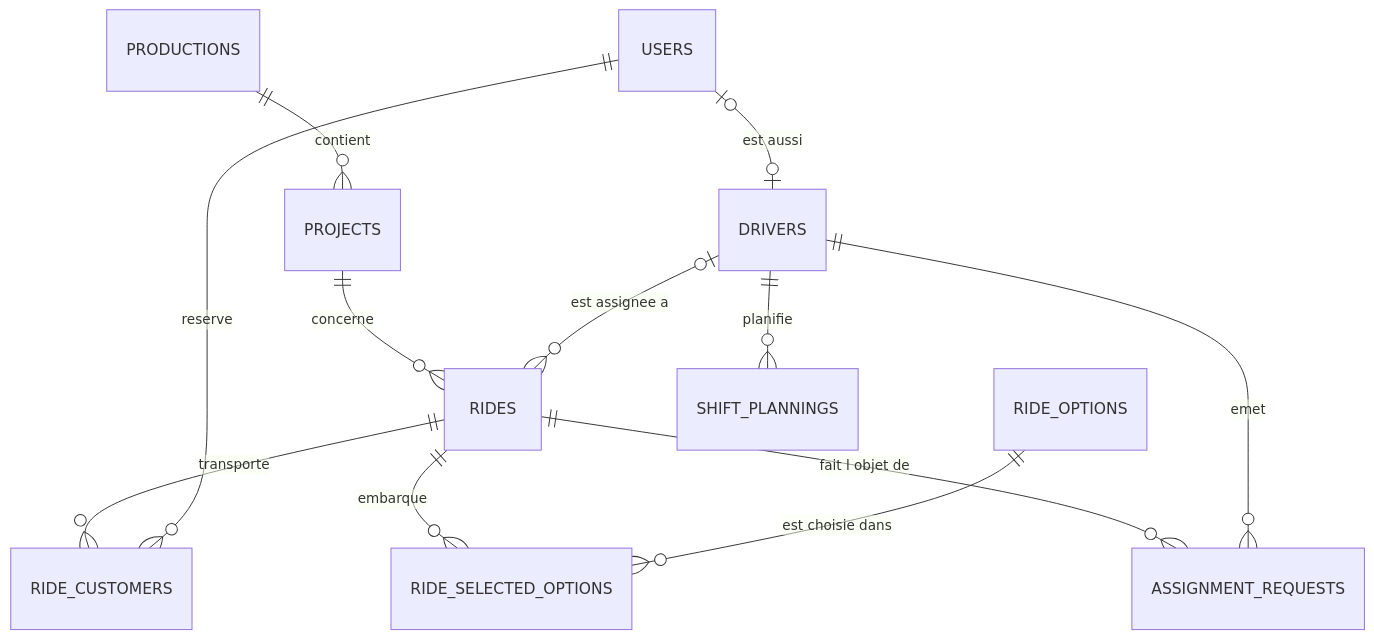
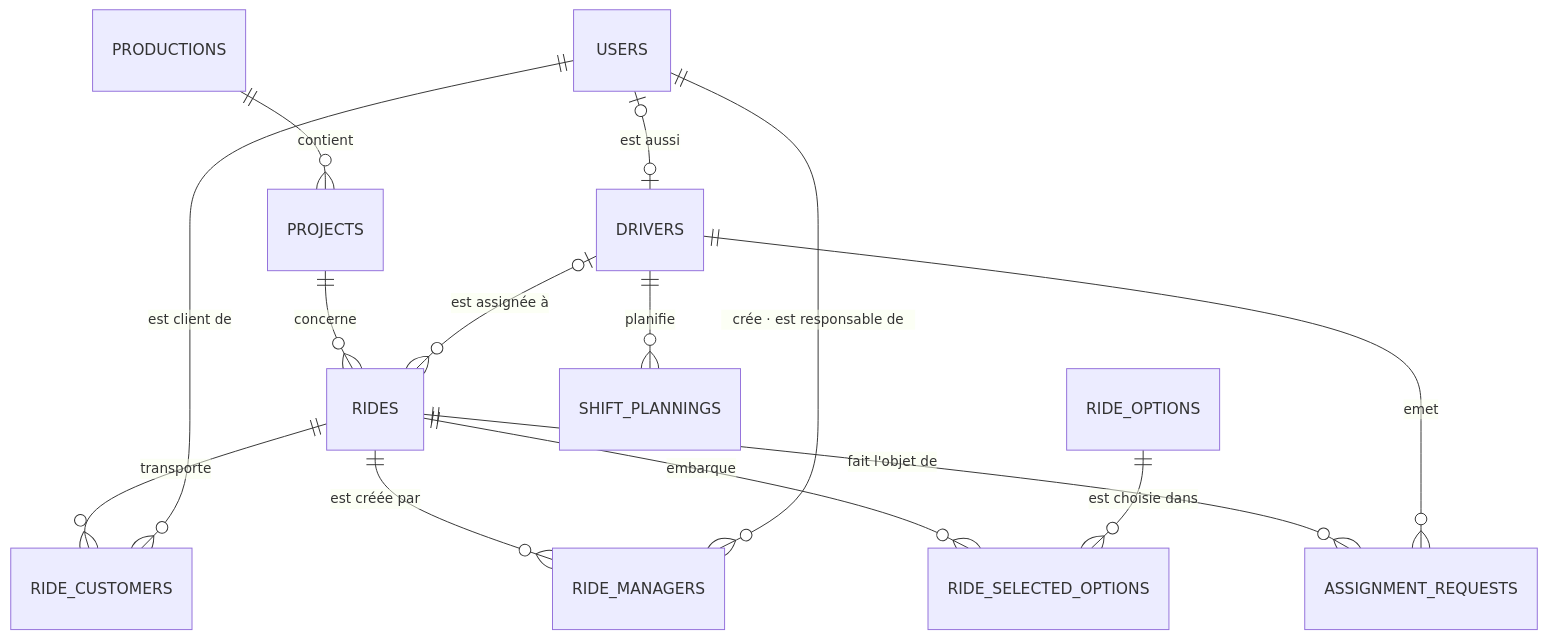
One commit to Mamoru-fr/AMT-Express changed the sixth of 9 diagrams in documents/dossiers/dossierProjet/v1-complet/dossierProjetRNCP.md. Above: the diagram before and after it, drawn with Mermaid. The commit also changed other lines of this file, not shown here.

Commit message:
docs(rncp): lien User↔Ride (créateur/responsable via ride_managers) ajouté au diagramme de classes, MCD et MLD ; classes compactées à une demi-page ; labels relationnels accentués

````diff
--- a/documents/dossiers/dossierProjet/v1-complet/dossierProjetRNCP.md
+++ b/documents/dossiers/dossierProjet/v1-complet/dossierProjetRNCP.md
@@ -413,14 +402,16 @@
 ```mermaid
 erDiagram
     PRODUCTIONS ||--o{ PROJECTS : "contient"
     PROJECTS ||--o{ RIDES : "concerne"
     USERS |o--o| DRIVERS : "est aussi"
-    DRIVERS |o--o{ RIDES : "est assignee a"
+    DRIVERS |o--o{ RIDES : "est assignée à"
     RIDES ||--o{ RIDE_CUSTOMERS : "transporte"
-    USERS ||--o{ RIDE_CUSTOMERS : "reserve"
+    USERS ||--o{ RIDE_CUSTOMERS : "est client de"
+    RIDES ||--o{ RIDE_MANAGERS : "est créée par"
+    USERS ||--o{ RIDE_MANAGERS : "crée · est responsable de"
     RIDES ||--o{ RIDE_SELECTED_OPTIONS : "embarque"
     RIDE_OPTIONS ||--o{ RIDE_SELECTED_OPTIONS : "est choisie dans"
-    RIDES ||--o{ ASSIGNMENT_REQUESTS : "fait l objet de"
+    RIDES ||--o{ ASSIGNMENT_REQUESTS : "fait l'objet de"
     DRIVERS ||--o{ ASSIGNMENT_REQUESTS : "emet"
     DRIVERS ||--o{ SHIFT_PLANNINGS : "planifie"
 ```
````
